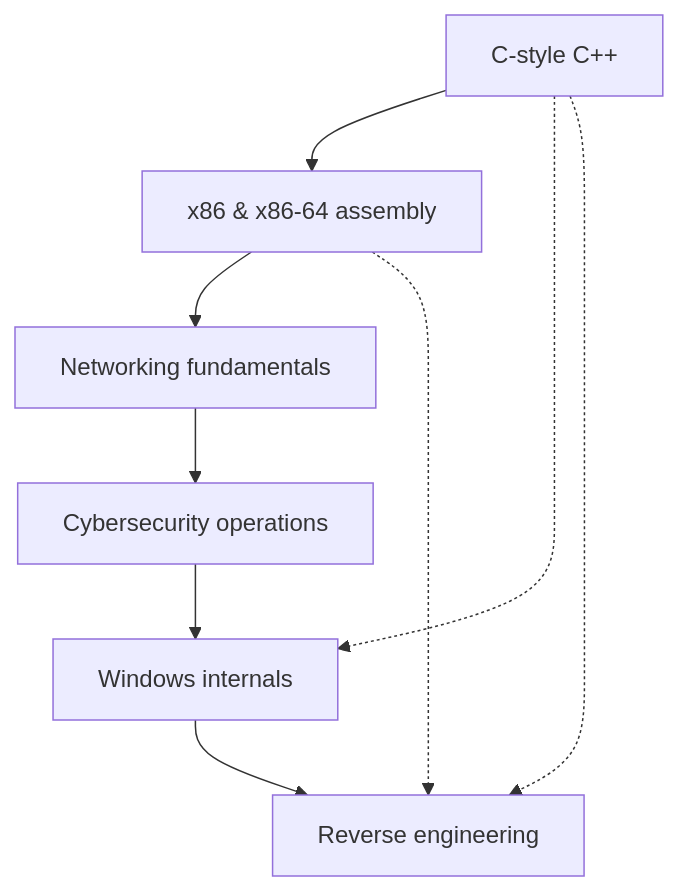
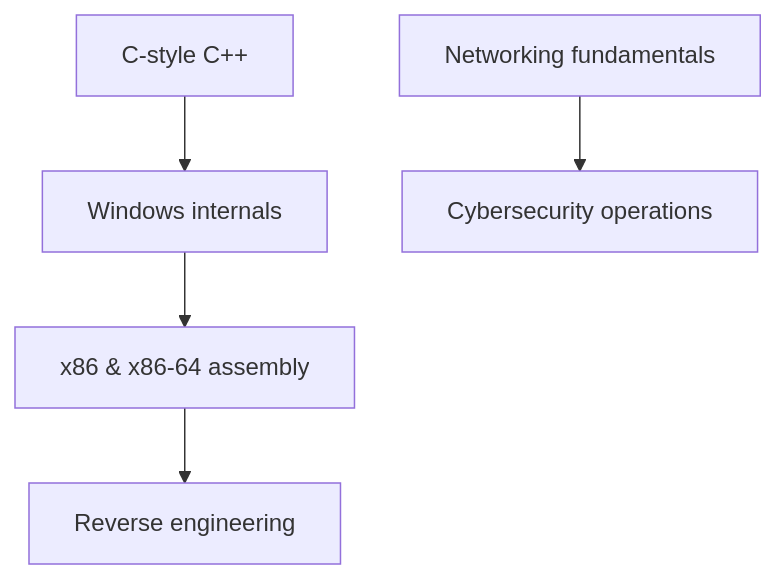
One commit to grimy86/CCI25 changed the diagram in readme.md. Above: the diagram before and after it, drawn with Mermaid. The commit also changed other lines of this file, not shown here.

Commit message:
Restructure

````diff
--- a/readme.md
+++ b/readme.md
@@ -16,11 +16,8 @@
 ```mermaid
 graph TD;
-	cpp[C-style C++] --> x86-64[x86 & x86-64 assembly]
-	x86-64 --> nf[Networking fundamentals]
-    nf --> csec[Cybersecurity operations]
-	csec --> winint[Windows internals]
-	winint --> re[Reverse engineering]
-	cpp -.-> winint
-	cpp -.-> re
-	x86-64 -.-> re
+	cpp[C-style C++] --> winint[Windows internals]
+	winint --> x86-64[x86 & x86-64 assembly]
+	x86-64 --> re[Reverse engineering]
+
+	nt[Networking fundamentals] --> csec[Cybersecurity operations]
 ```
````
